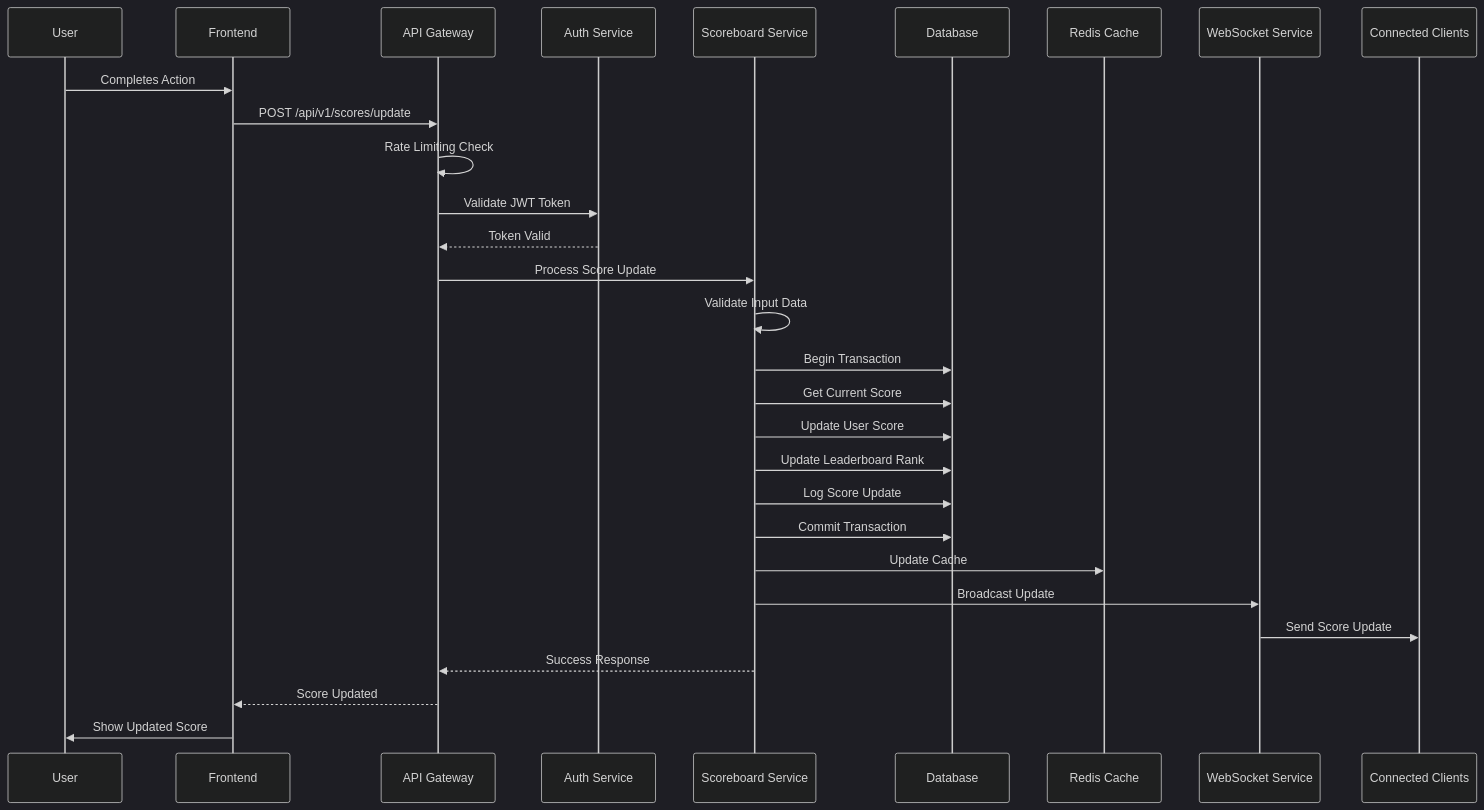
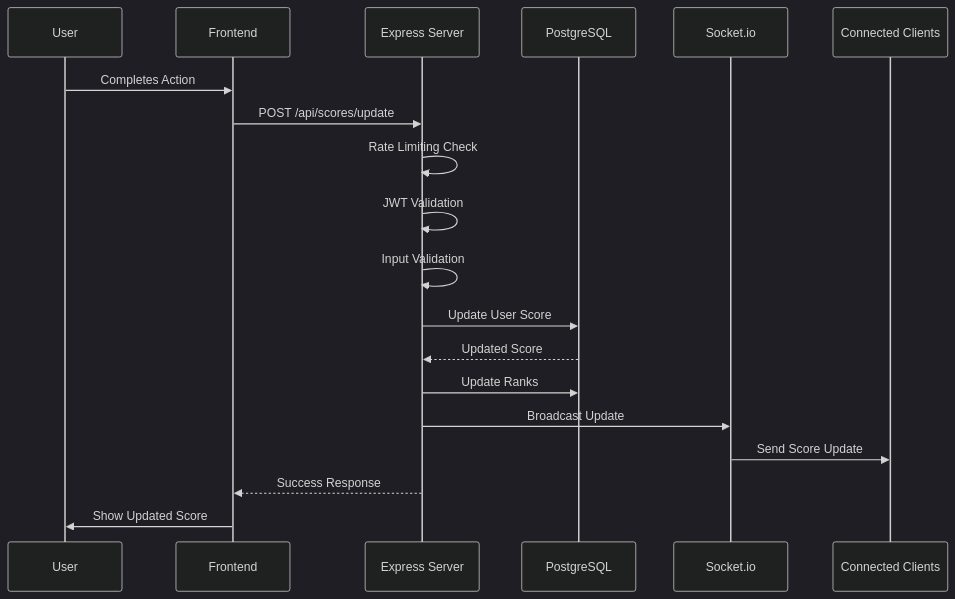
The second of 6 diagrams in src/problem6/execution-flow-diagrams.md (HTD2k1/code-challenge), drawn with Mermaid (dark theme) before and after one commit. The commit also changed other lines of this file and 2 other files, not shown here.

````diff
--- a/src/problem6/execution-flow-diagrams.md
+++ b/src/problem6/execution-flow-diagrams.md
@@ -57,35 +36,22 @@
 ```mermaid
 sequenceDiagram
     participant U as User
     participant F as Frontend
-    participant API as API Gateway
-    participant Auth as Auth Service
-    participant Score as Scoreboard Service
-    participant DB as Database
-    participant Cache as Redis Cache
-    participant WS as WebSocket Service
+    participant API as Express Server
+    participant DB as PostgreSQL
+    participant WS as Socket.io
     participant Clients as Connected Clients
     
     U->>F: Completes Action
-    F->>API: POST /api/v1/scores/update
+    F->>API: POST /api/scores/update
     API->>API: Rate Limiting Check
-    API->>Auth: Validate JWT Token
-    Auth-->>API: Token Valid
-    API->>Score: Process Score Update
-    
-    Score->>Score: Validate Input Data
-    Score->>DB: Begin Transaction
-    Score->>DB: Get Current Score
-    Score->>DB: Update User Score
-    Score->>DB: Update Leaderboard Rank
-    Score->>DB: Log Score Update
-    Score->>DB: Commit Transaction
-    
-    Score->>Cache: Update Cache
-    Score->>WS: Broadcast Update
+    API->>API: JWT Validation
+    API->>API: Input Validation
+    API->>DB: Update User Score
+    DB-->>API: Updated Score
+    API->>DB: Update Ranks
+    API->>WS: Broadcast Update
     WS->>Clients: Send Score Update
-    
-    Score-->>API: Success Response
-    API-->>F: Score Updated
+    API-->>F: Success Response
     F->>U: Show Updated Score
 ```
````
